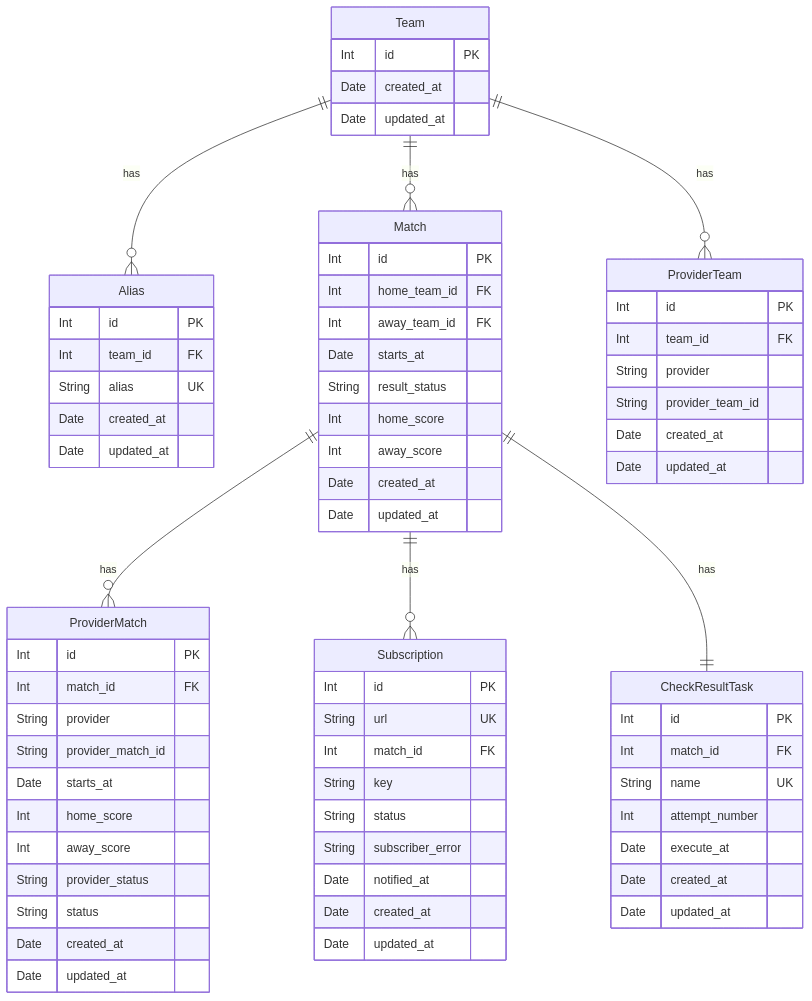
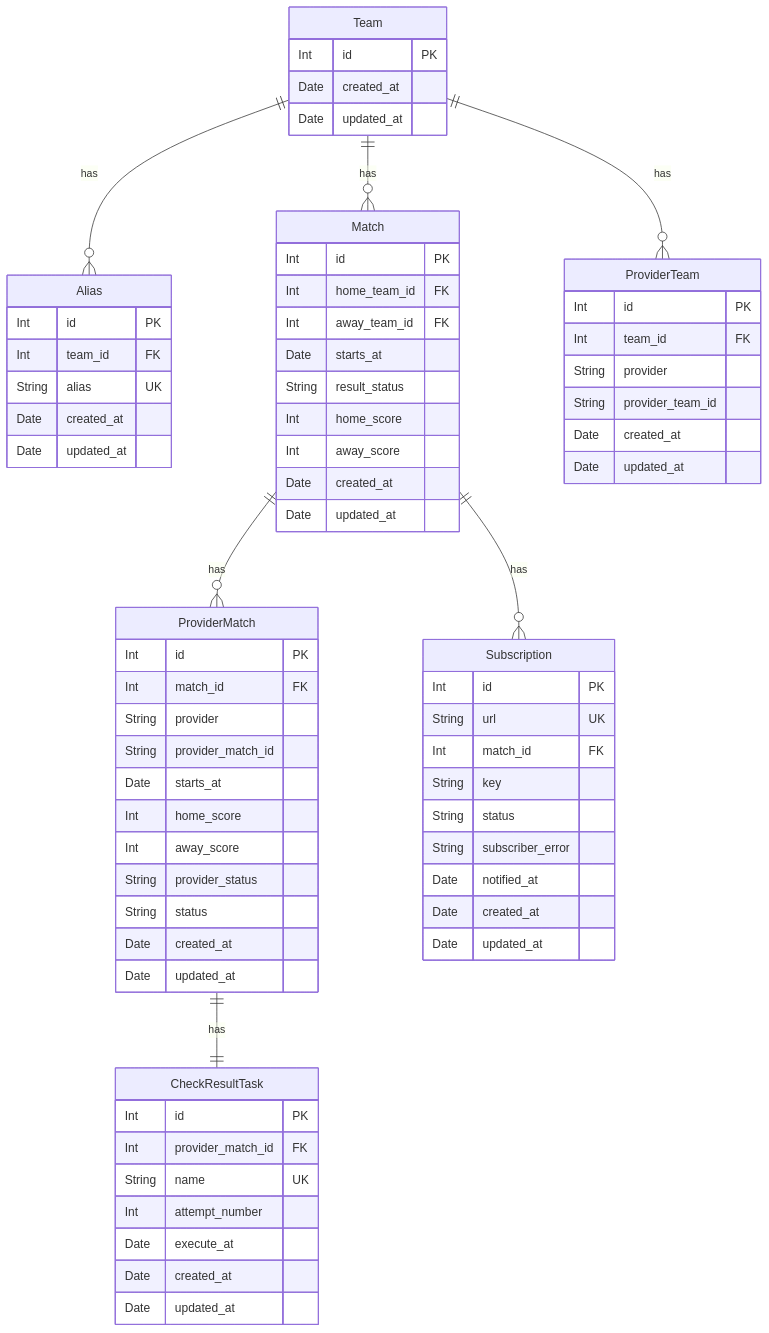
The first of 7 diagrams in README.md (andrewshostak/result-service), drawn with Mermaid before and after one commit. The commit also changed 3 other files, not shown here.

Commit message:
Drop match_id from check_result_tasks (#37)

````diff
--- a/README.md
+++ b/README.md
@@ -25,80 +25,80 @@
 ```mermaid
 erDiagram
     Team {
         Int id PK
         Date created_at
         Date updated_at
     }
     
     Alias {
         Int id PK
         Int team_id FK
         String alias UK 
         Date created_at
         Date updated_at
     }
     
     Match {
         Int id PK
         Int home_team_id FK
         Int away_team_id FK
         Date starts_at
         String result_status
         Int home_score
         Int away_score
         Date created_at
         Date updated_at
     }
     
     ProviderMatch {
         Int id PK
         Int match_id FK
         String provider
         String provider_match_id
         Date starts_at
         Int home_score
         Int away_score
         String provider_status
         String status
         Date created_at
         Date updated_at
     }
     
     Subscription {
         Int id PK
         String url UK
         Int match_id FK
         String key
         String status
         String subscriber_error
         Date notified_at
         Date created_at
         Date updated_at
     }
     
     ProviderTeam {
         Int id PK
         Int team_id FK
         String provider
         String provider_team_id
         Date created_at
         Date updated_at
     }
     
     CheckResultTask {
         Int id PK
-        Int match_id FK
+        Int provider_match_id FK
         String name UK
         Int attempt_number
         Date execute_at
         Date created_at
         Date updated_at
     }
     
     Team ||--o{ Alias : has 
     Team ||--o{ Match : has
     Match ||--o{ ProviderMatch : has
     Match ||--o{ Subscription : has
     Team ||--o{ ProviderTeam : has
-    Match ||--|| CheckResultTask : has
+    ProviderMatch ||--|| CheckResultTask : has
 ```
````
